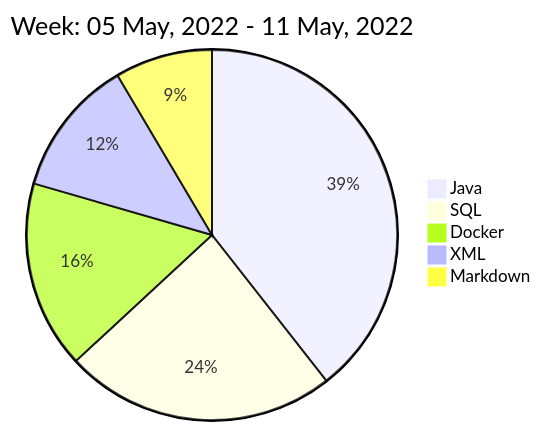
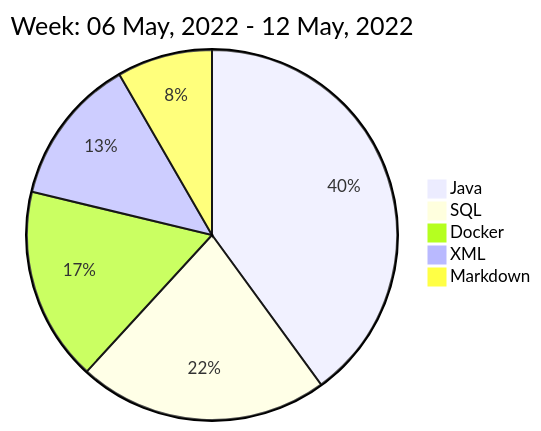
Before and after one commit to liubin95/liubin95: the diagram in README.md, drawn with Mermaid.

Commit message:
Updated the Graph with new Metrics

````diff
--- a/README.md
+++ b/README.md
@@ -40,9 +40,9 @@
 ```mermaid
  pie
-title Week: 05 May, 2022 - 11 May, 2022
- "Java" : 8.43
- "SQL" : 5.07
- "Docker" : 3.5
- "XML" : 2.57
+title Week: 06 May, 2022 - 12 May, 2022
+ "Java" : 8.73
+ "SQL" : 4.77
+ "Docker" : 3.7
+ "XML" : 2.82
  "Markdown" : 1.82
 ```
````
